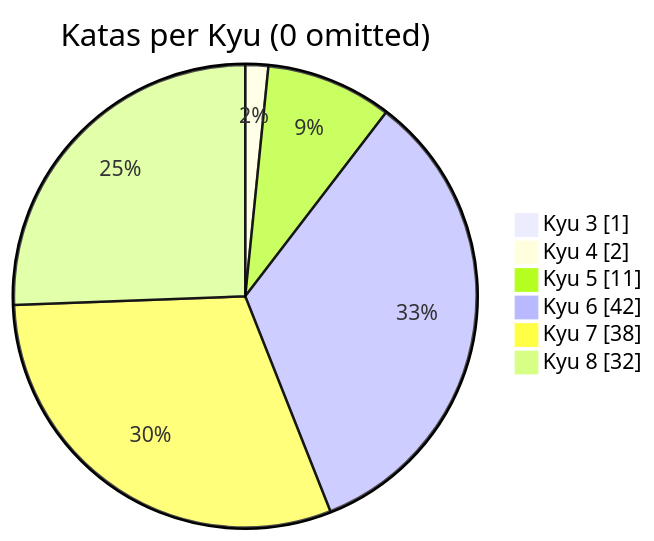
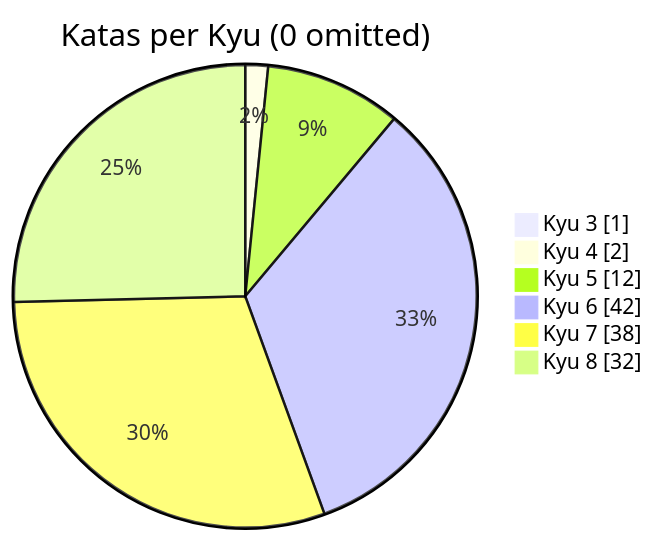
Before and after one commit to MauricioLudwig/codewars-typescript: the diagram in README.md, drawn with Mermaid. The commit also changed other lines of this file, not shown here.

````diff
--- a/README.md
+++ b/README.md
@@ -21,10 +21,10 @@
 ```mermaid
 pie showData
     title Katas per Kyu (0 omitted)
 	"Kyu 3": 1
 	"Kyu 4": 2
-	"Kyu 5": 11
+	"Kyu 5": 12
 	"Kyu 6": 42
 	"Kyu 7": 38
 	"Kyu 8": 32
 ```
````
